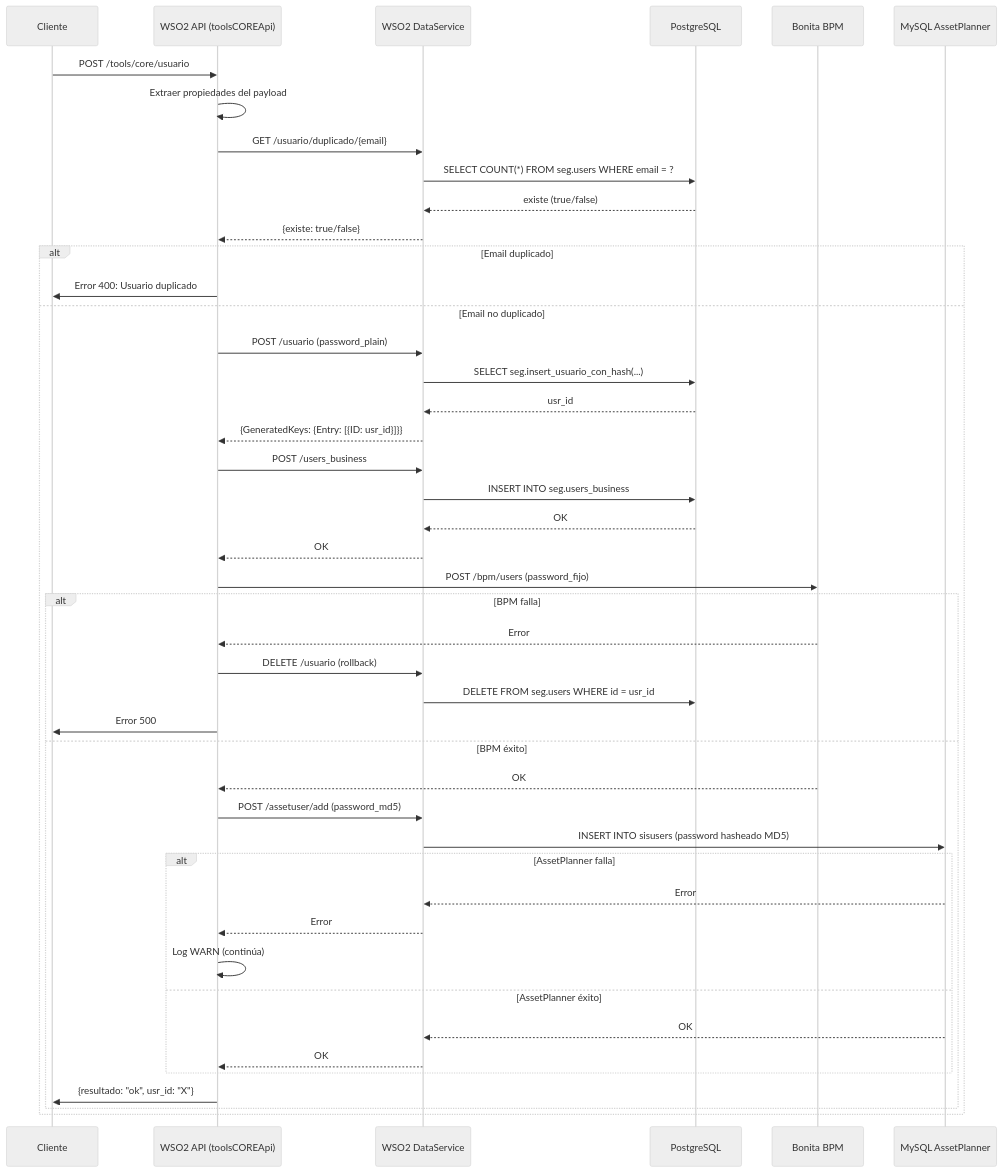
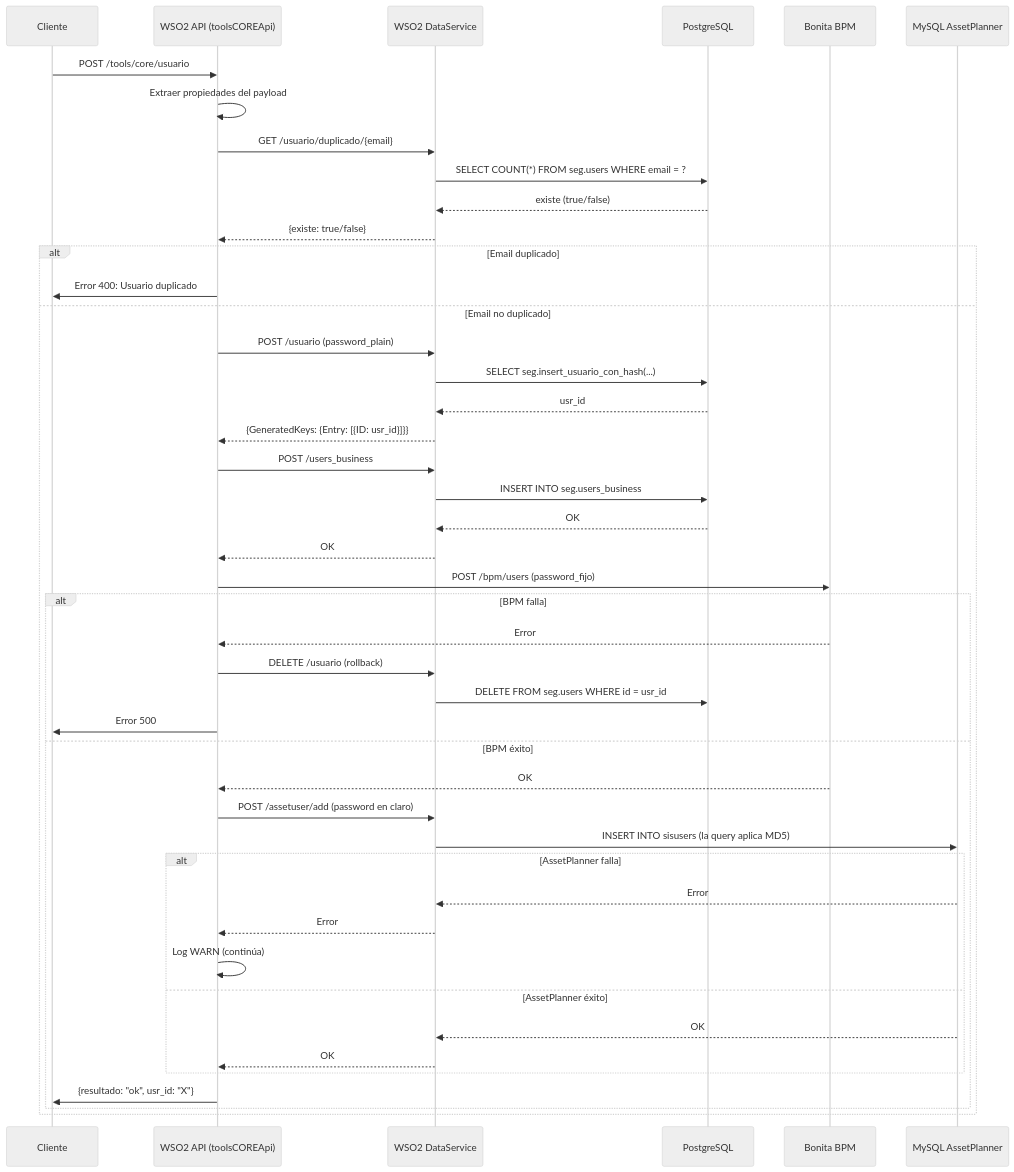
Before and after one commit to Trazalog/traz-comp-dnato: the third of 4 diagrams in doc/creacion-usuarios.md, drawn with Mermaid (neutral theme). The commit also changed other lines of this file and 1 other file, not shown here.

````diff
--- a/doc/creacion-usuarios.md
+++ b/doc/creacion-usuarios.md
@@ -627,51 +633,51 @@
 ```mermaid
 sequenceDiagram
     participant C as Cliente
     participant API as WSO2 API (toolsCOREApi)
     participant DS as WSO2 DataService
     participant PG as PostgreSQL
     participant BPM as Bonita BPM
     participant MySQL as MySQL AssetPlanner
     
     C->>API: POST /tools/core/usuario
     API->>API: Extraer propiedades del payload
     API->>DS: GET /usuario/duplicado/{email}
     DS->>PG: SELECT COUNT(*) FROM seg.users WHERE email = ?
     PG-->>DS: existe (true/false)
     DS-->>API: {existe: true/false}
     
     alt Email duplicado
         API->>C: Error 400: Usuario duplicado
     else Email no duplicado
         API->>DS: POST /usuario (password_plain)
         DS->>PG: SELECT seg.insert_usuario_con_hash(...)
         PG-->>DS: usr_id
         DS-->>API: {GeneratedKeys: {Entry: [{ID: usr_id}]}}
         
         API->>DS: POST /users_business
         DS->>PG: INSERT INTO seg.users_business
         PG-->>DS: OK
         DS-->>API: OK
         
         API->>BPM: POST /bpm/users (password_fijo)
         alt BPM falla
             BPM-->>API: Error
             API->>DS: DELETE /usuario (rollback)
             DS->>PG: DELETE FROM seg.users WHERE id = usr_id
             API->>C: Error 500
         else BPM éxito
             BPM-->>API: OK
-            API->>DS: POST /assetuser/add (password_md5)
-            DS->>MySQL: INSERT INTO sisusers (password hasheado MD5)
+            API->>DS: POST /assetuser/add (password en claro)
+            DS->>MySQL: INSERT INTO sisusers (la query aplica MD5)
             alt AssetPlanner falla
                 MySQL-->>DS: Error
                 DS-->>API: Error
                 API->>API: Log WARN (continúa)
             else AssetPlanner éxito
                 MySQL-->>DS: OK
                 DS-->>API: OK
             end
             API->>C: {resultado: "ok", usr_id: "X"}
         end
     end
 ```
````
